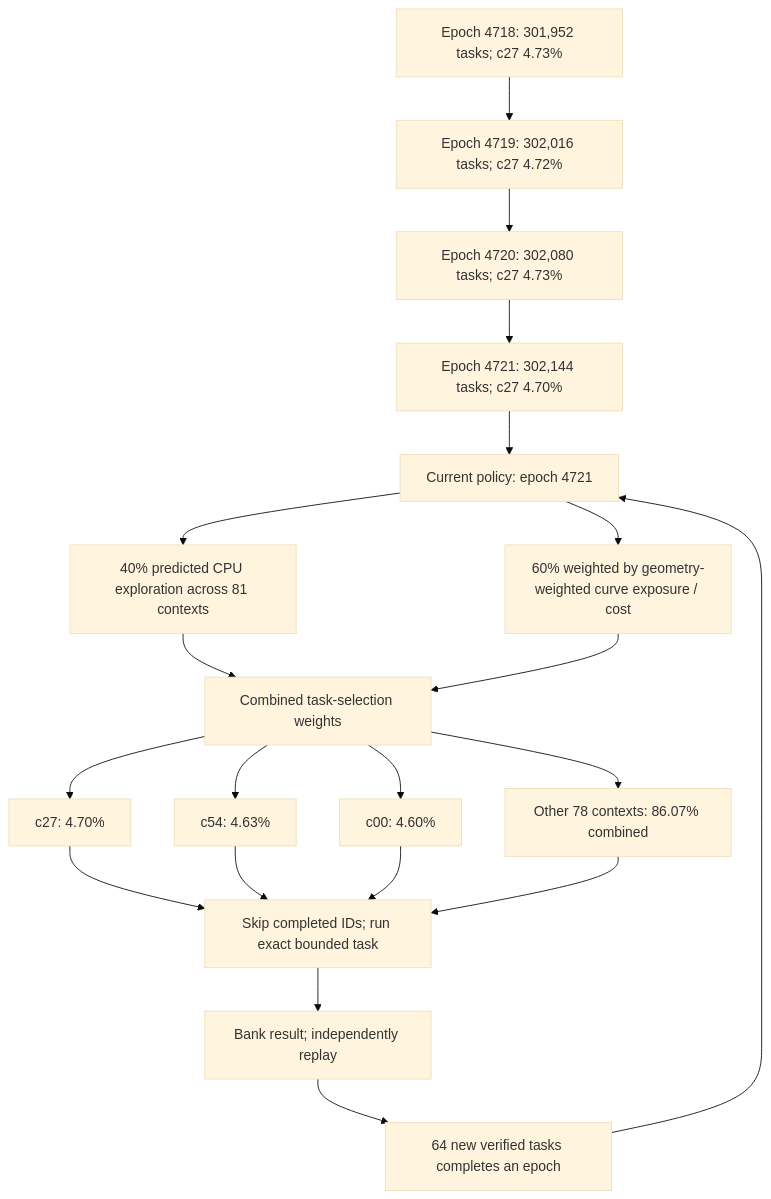
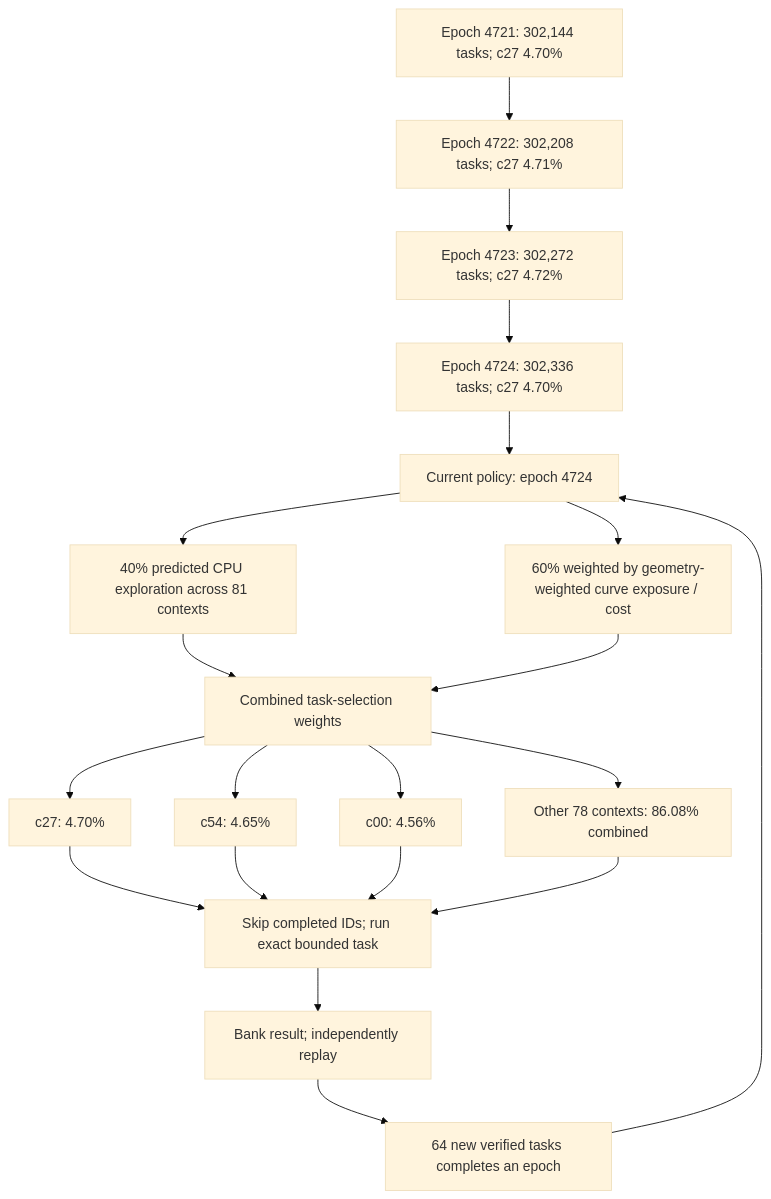
Before and after one commit to Kuberwastaken/math-gambling: the first of 3 diagrams in README.md, drawn with Mermaid (base theme). The commit also changed other lines of this file and 3206 other files, not shown here.

````diff
--- a/README.md
+++ b/README.md
@@ -60,27 +60,27 @@
 ```mermaid
 flowchart TD
-    H0["Epoch 4718: 301,952 tasks; c27 4.73%"]
-    H1["Epoch 4719: 302,016 tasks; c27 4.72%"]
+    H0["Epoch 4721: 302,144 tasks; c27 4.70%"]
+    H1["Epoch 4722: 302,208 tasks; c27 4.71%"]
     H0 --> H1
-    H2["Epoch 4720: 302,080 tasks; c27 4.73%"]
+    H2["Epoch 4723: 302,272 tasks; c27 4.72%"]
     H1 --> H2
-    H3["Epoch 4721: 302,144 tasks; c27 4.70%"]
+    H3["Epoch 4724: 302,336 tasks; c27 4.70%"]
     H2 --> H3
-    Policy["Current policy: epoch 4721"]
+    Policy["Current policy: epoch 4724"]
     H3 --> Policy
     Policy --> Explore["40% predicted CPU exploration across 81 contexts"]
     Policy --> Cost["60% weighted by geometry-weighted curve exposure / cost"]
     Explore --> Mix["Combined task-selection weights"]
     Cost --> Mix
     Mix --> C0["c27: 4.70%"]
-    Mix --> C1["c54: 4.63%"]
-    Mix --> C2["c00: 4.60%"]
-    Mix --> Rest["Other 78 contexts: 86.07% combined"]
+    Mix --> C1["c54: 4.65%"]
+    Mix --> C2["c00: 4.56%"]
+    Mix --> Rest["Other 78 contexts: 86.08% combined"]
     C0 --> Check["Skip completed IDs; run exact bounded task"]
     C1 --> Check
     C2 --> Check
     Rest --> Check
     Check --> Replay["Bank result; independently replay"]
     Replay --> Gate["64 new verified tasks completes an epoch"]
     Gate --> Policy
 ```
````
